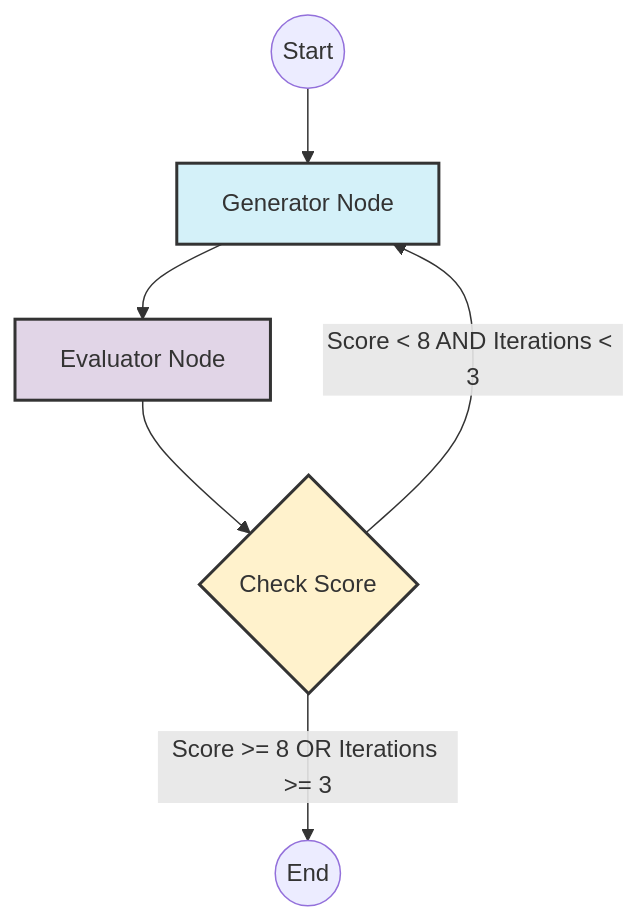
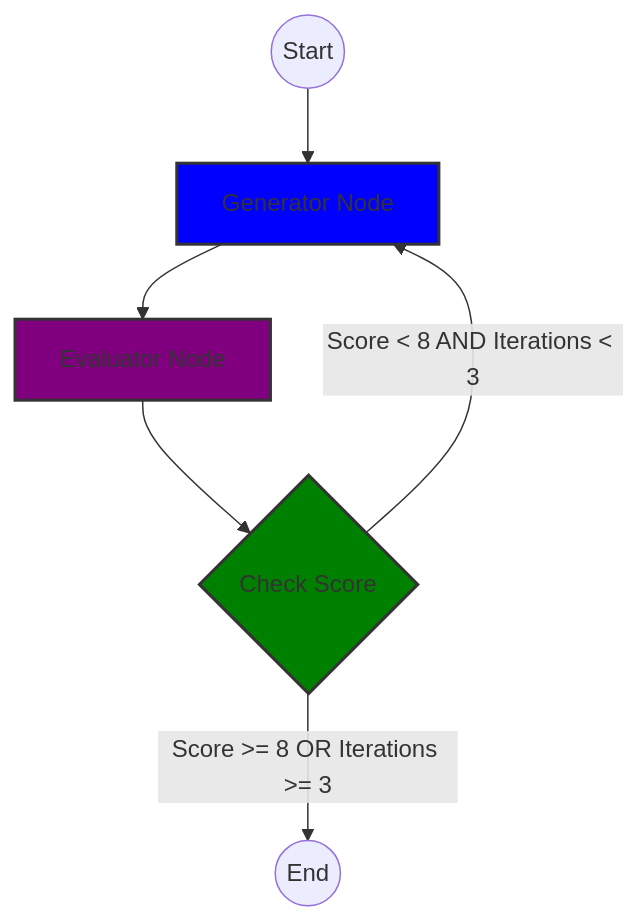
The diagram in 03-Agent_Design_Patterns/23-Evaluator-Optimizer/23-README.md (JustCodeIt7/LangGraph_101), drawn with Mermaid before and after one commit. The commit also changed other lines of this file, not shown here.

Commit message:
feat: enhance README with detailed overview, key features, and implementation details for Evaluator-Optimizer agent

````diff
--- a/03-Agent_Design_Patterns/23-Evaluator-Optimizer/23-README.md
+++ b/03-Agent_Design_Patterns/23-Evaluator-Optimizer/23-README.md
@@ -7,14 +36,14 @@
 ```mermaid
 graph TD
     __start__((Start)) --> generator
     generator[Generator Node] --> evaluator[Evaluator Node]
 
     evaluator --> check_score{Check Score}
 
     check_score -->|Score >= 8 OR Iterations >= 3| __end__((End))
     check_score -->|Score < 8 AND Iterations < 3| generator
 
-    style generator fill:#d4f1f9,stroke:#333,stroke-width:2px
-    style evaluator fill:#e1d5e7,stroke:#333,stroke-width:2px
-    style check_score fill:#fff2cc,stroke:#333,stroke-width:2px
+    style generator fill:blue,stroke:#333,stroke-width:2px
+    style evaluator fill:purple,stroke:#333,stroke-width:2px
+    style check_score fill:green,stroke:#333,stroke-width:2px
 ```
````
